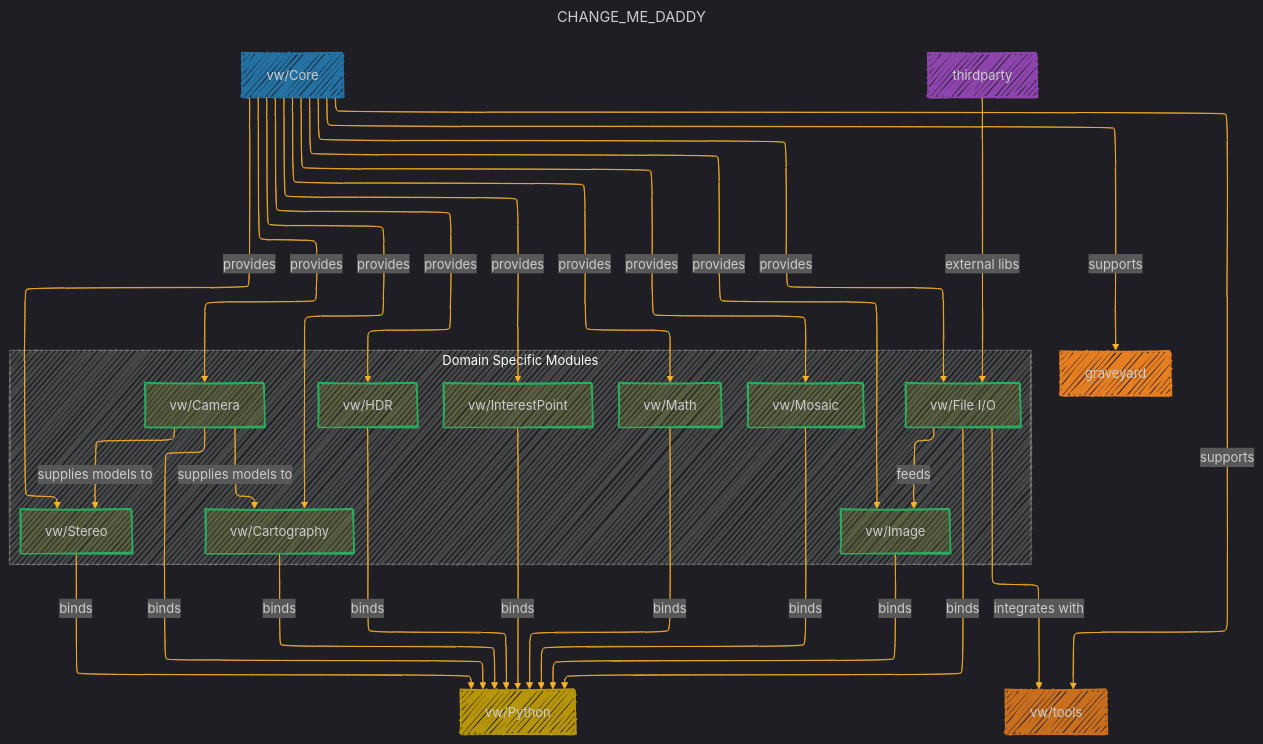
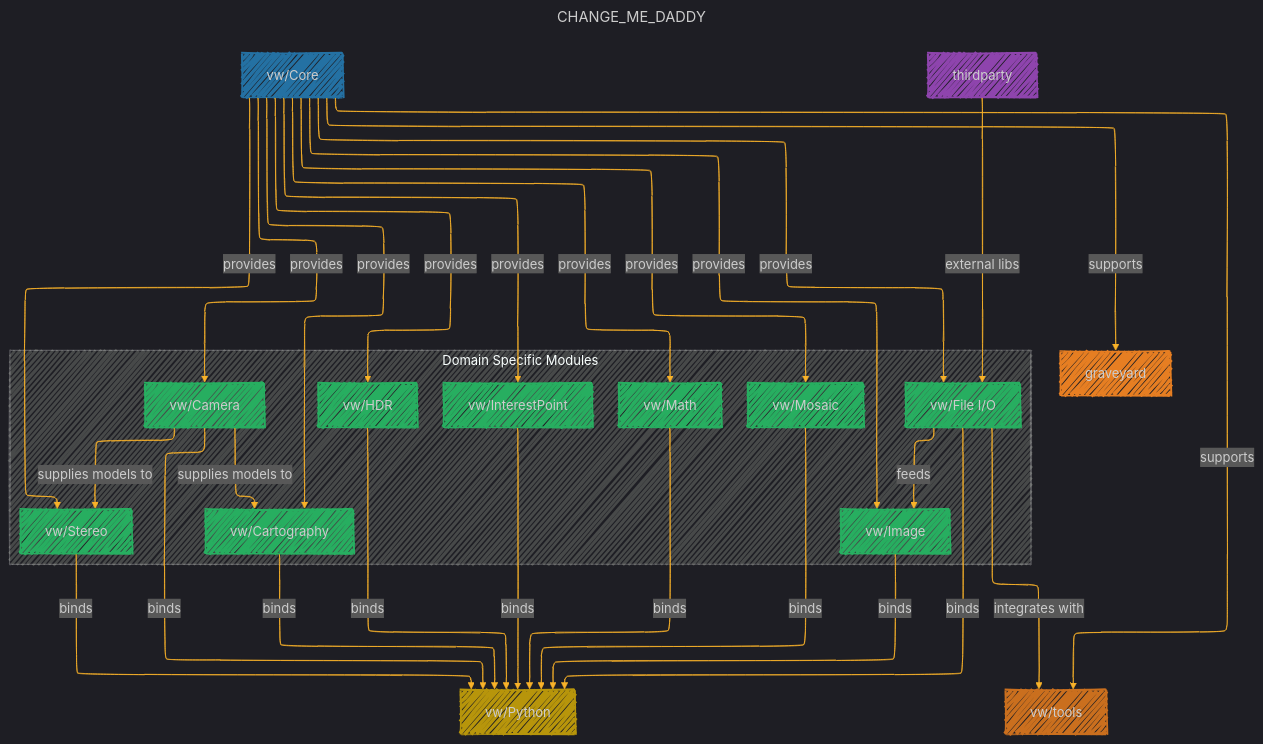
The diagram in NASA/vision_work_bench.md (CongLeSolutionX/ArchExplorer), drawn with Mermaid before and after one commit.

Commit message:
update code

```diff
--- a/NASA/vision_work_bench.md
+++ b/NASA/vision_work_bench.md
@@ -103,12 +103,12 @@
     J -->|"binds"| K
 
     %% Styles
-    classDef core fill:#AED6F,stroke:#2471A3,stroke-width:2px
-    classDef domain fill:#DF22,stroke:#27AE60,stroke-width:2px
-    classDef interface fill:#F9E79,stroke:#B7950B,stroke-width:2px
-    classDef tools fill:#F5CBA,stroke:#CA6F1E,stroke-width:2px
-    classDef legacy fill:#FAD7A,stroke:#E67E22,stroke-width:2px
-    classDef external fill:#E8DAE,stroke:#8E44AD,stroke-width:2px
+    classDef core fill:#AEF23,stroke:#2471A3,stroke-width:2px
+    classDef domain fill:#DFC25,stroke:#27AE60,stroke-width:2px
+    classDef interface fill:#FEE95,stroke:#B7950B,stroke-width:2px
+    classDef tools fill:#FCB25,stroke:#CA6F1E,stroke-width:2px
+    classDef legacy fill:#FAA45,stroke:#E67E22,stroke-width:2px
+    classDef external fill:#EDA35,stroke:#8E44AD,stroke-width:2px
 
     %% Click Events
     click A "https://github.com/visionworkbench/visionworkbench/tree/master/src/vw/Core"
```
